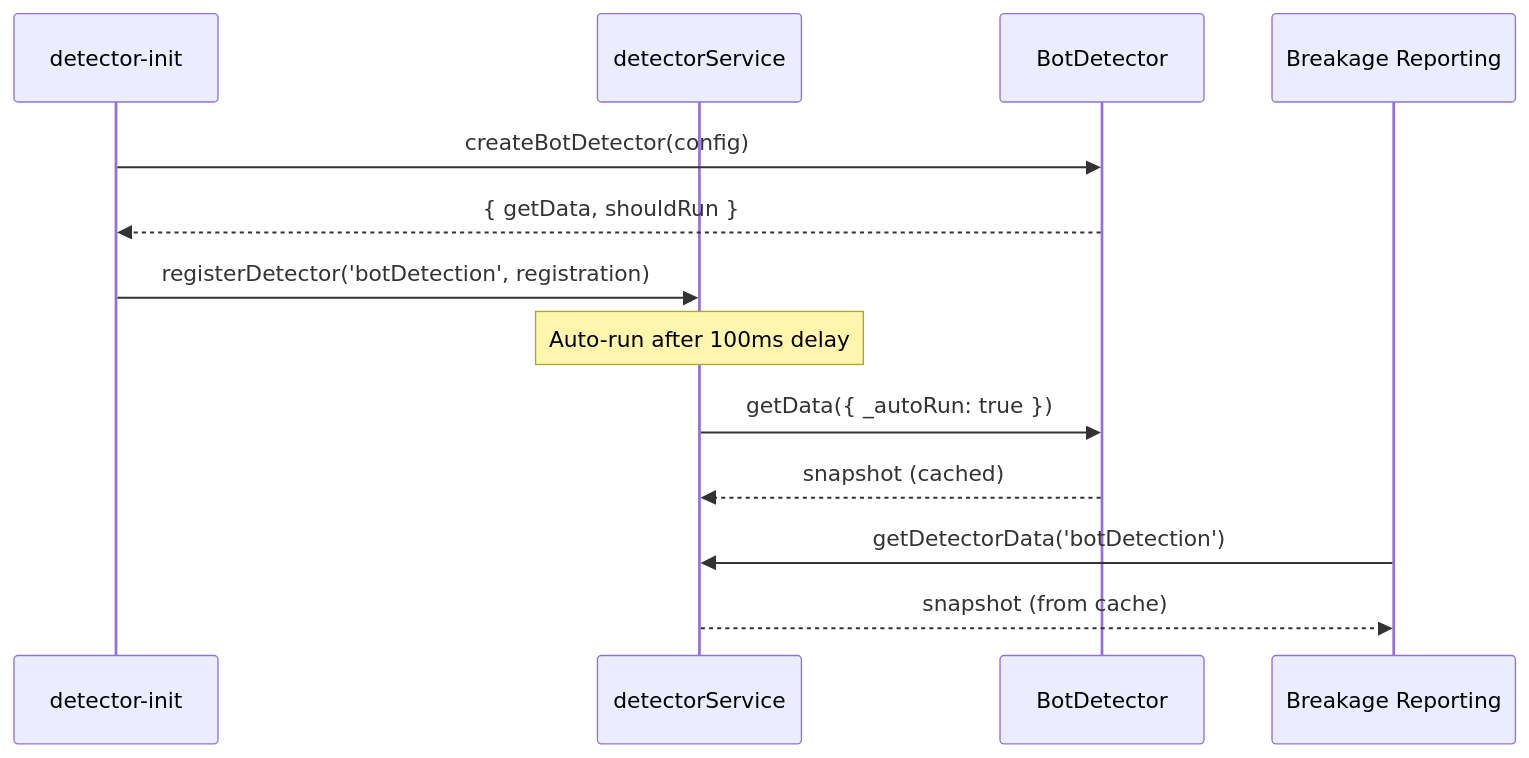
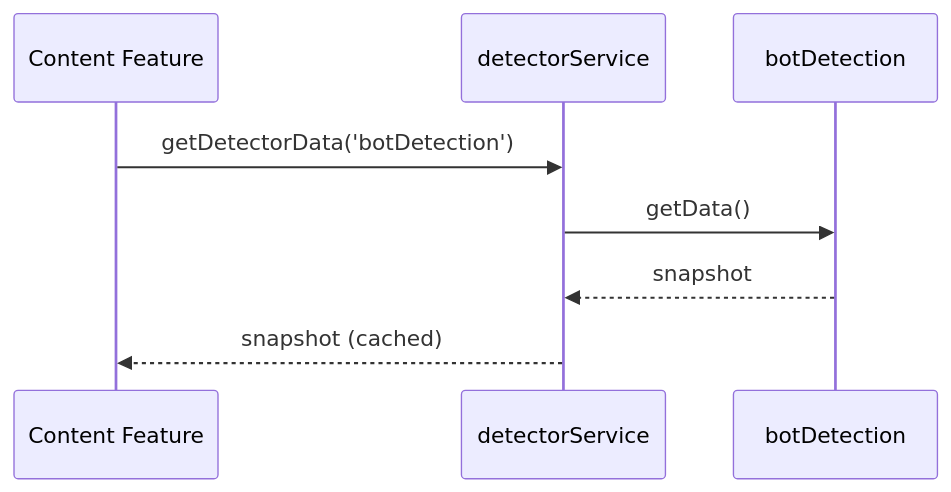
Before and after one commit to duckduckgo/content-scope-scripts: the diagram in injected/src/detectors/README.md, drawn with Mermaid.

````diff
--- a/injected/src/detectors/README.md
+++ b/injected/src/detectors/README.md
@@ -9,16 +9,11 @@
 ```mermaid
 sequenceDiagram
-    participant Init as detector-init
+    participant Feature as Content Feature
     participant Service as detectorService
-    participant Detector as BotDetector
-    participant Feature as Breakage Reporting
+    participant Detector as botDetection
 
-    Init->>Detector: createBotDetector(config)
-    Detector-->>Init: { getData, shouldRun }
-    Init->>Service: registerDetector('botDetection', registration)
-    Note over Service: Auto-run after 100ms delay
-    Service->>Detector: getData({ _autoRun: true })
-    Detector-->>Service: snapshot (cached)
     Feature->>Service: getDetectorData('botDetection')
-    Service-->>Feature: snapshot (from cache)
+    Service->>Detector: getData()
+    Detector-->>Service: snapshot
+    Service-->>Feature: snapshot (cached)
 ```
````
